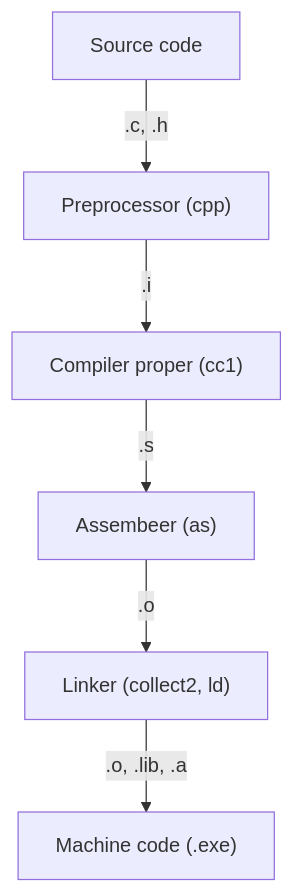
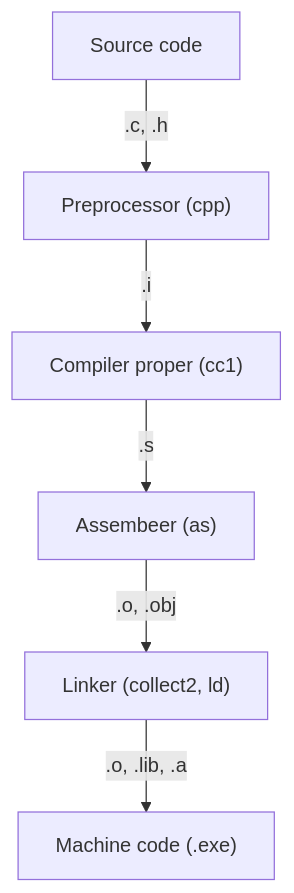
One commit to DarvidTorres/mydocs changed the diagram in C/compilation/compilation.md. Above: the diagram before and after it, drawn with Mermaid. The commit also changed other lines of this file and 14 other files, not shown here.

````diff
--- a/C/compilation/compilation.md
+++ b/C/compilation/compilation.md
@@ -12,9 +12,5 @@
 ```mermaid
 flowchart TD
 A["Source code"]
-A --> |.c, .h| B["Preprocessor (cpp)"]
-B --> |.i| C["Compiler proper (cc1)"]
-C --> |.s| D["Assembeer (as)"]
-D --> |.o| E["Linker (collect2, ld)"]
-E --> |.o, .lib, .a| F["Machine code (.exe)"]
+A -->|.c, .h| B["Preprocessor (cpp)"] --> |.i| C["Compiler proper (cc1)"] --> |.s| D["Assembeer (as)"] --> |.o, .obj| E["Linker (collect2, ld)"] --> |.o, .lib, .a| F["Machine code (.exe)"]
 ```
````
